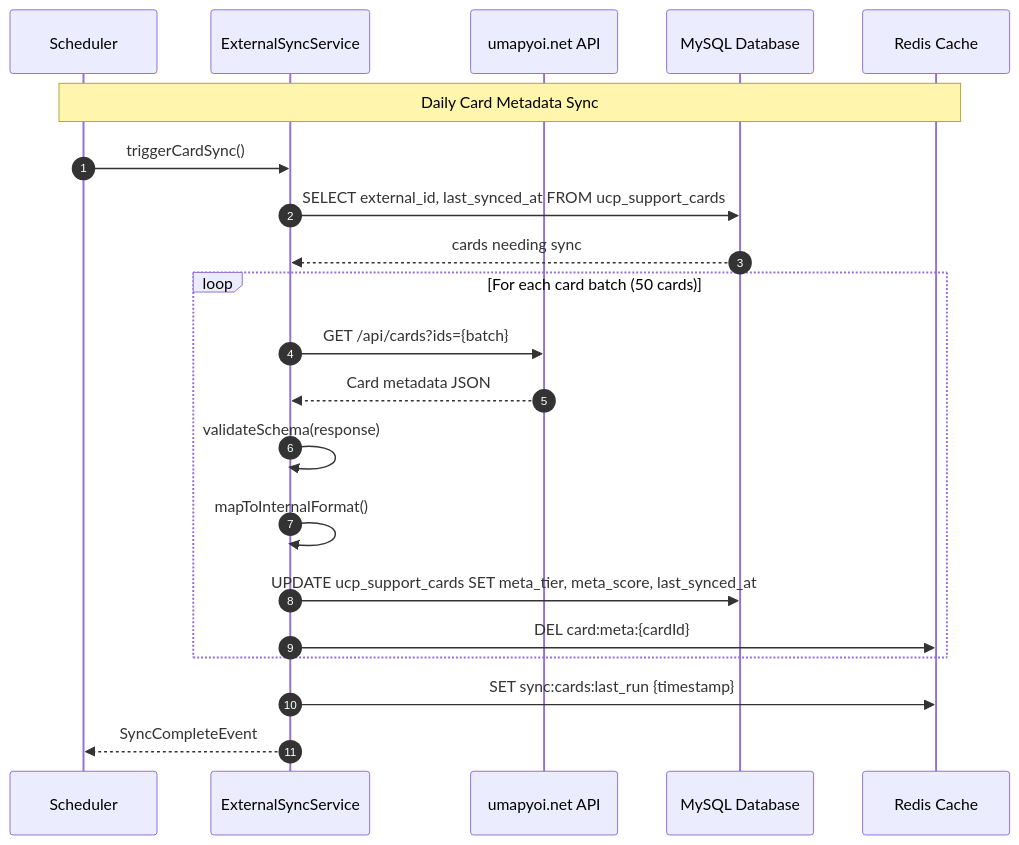
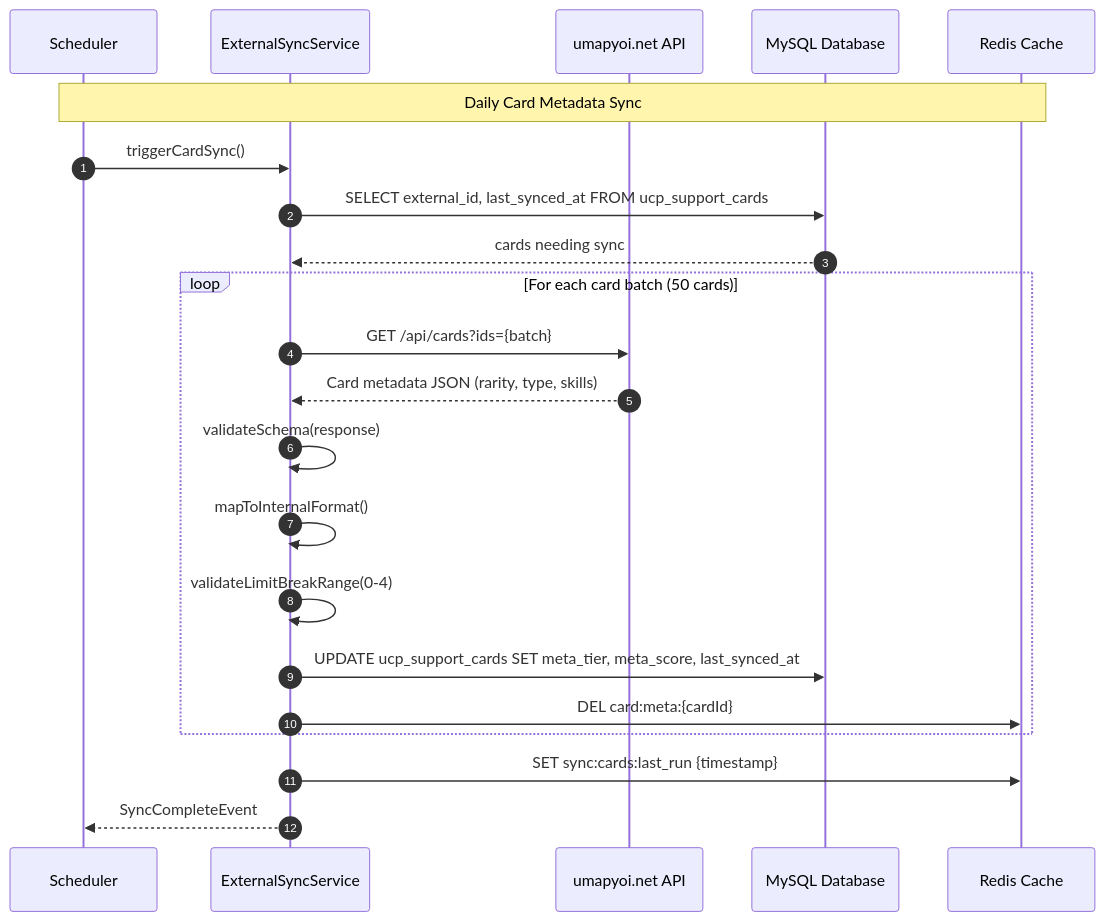
One commit to exatfrds67/umamusume-career-planner changed the fourth of 4 diagrams in docs/01-sequences/SEQ-016_Support_Deck_Configuration.md. Above: the diagram before and after it, drawn with Mermaid. The commit also changed other lines of this file and 313 other files, not shown here.

````diff
--- a/docs/01-sequences/SEQ-016_Support_Deck_Configuration.md
+++ b/docs/01-sequences/SEQ-016_Support_Deck_Configuration.md
@@ -217,29 +339,30 @@
 ```mermaid
 sequenceDiagram
     autonumber
     participant S as Scheduler
     participant ES as ExternalSyncService
     participant API as umapyoi.net API
     participant DB as MySQL Database
     participant R as Redis Cache
 
     Note over S,R: Daily Card Metadata Sync
 
     S->>ES: triggerCardSync()
     ES->>DB: SELECT external_id, last_synced_at FROM ucp_support_cards
     DB-->>ES: cards needing sync
     
     loop For each card batch (50 cards)
         ES->>API: GET /api/cards?ids={batch}
-        API-->>ES: Card metadata JSON
+        API-->>ES: Card metadata JSON (rarity, type, skills)
         
         ES->>ES: validateSchema(response)
         ES->>ES: mapToInternalFormat()
+        ES->>ES: validateLimitBreakRange(0-4)
         
         ES->>DB: UPDATE ucp_support_cards SET meta_tier, meta_score, last_synced_at
         ES->>R: DEL card:meta:{cardId}
     end
     
     ES->>R: SET sync:cards:last_run {timestamp}
     ES-->>S: SyncCompleteEvent
 ```
````
